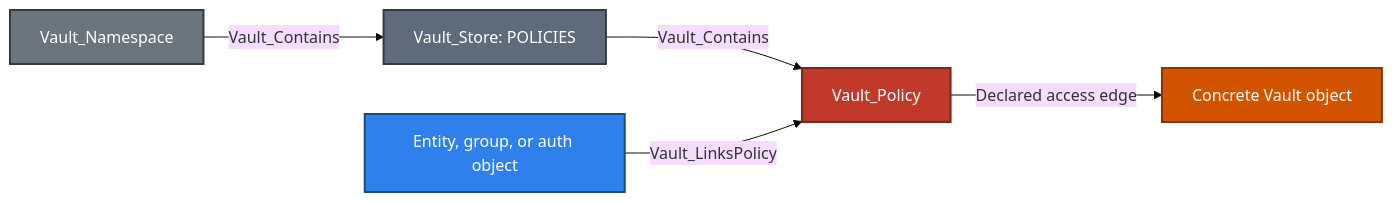
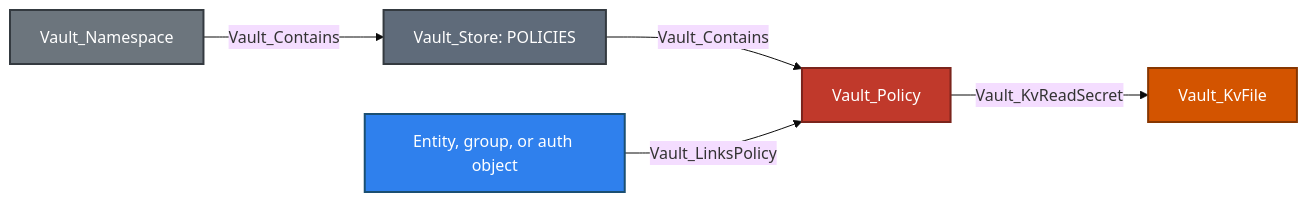
Before and after one commit to bytewreck/opengraph-vault: the first of 6 diagrams in Documentation/stores/POLICIES.md, drawn with Mermaid (base theme). The commit also changed other lines of this file and 3 other files, not shown here.

````diff
--- a/Documentation/stores/POLICIES.md
+++ b/Documentation/stores/POLICIES.md
@@ -5,13 +22,13 @@
 ```mermaid
 flowchart LR
     namespace[Vault_Namespace]:::namespaceNode -->|Vault_Contains| store[Vault_Store: POLICIES]:::storeNode
     store -->|Vault_Contains| policy[Vault_Policy]:::policyNode
     identity[Entity, group, or auth object]:::identityNode -->|Vault_LinksPolicy| policy
-    policy -->|Declared access edge| target[Concrete Vault object]:::objectNode
+    policy -->|Vault_KvReadSecret| target[Vault_KvFile]:::objectNode
 
     classDef namespaceNode fill:#6C757D,color:#fff,stroke:#343A40,stroke-width:2px
     classDef storeNode fill:#5F6B7A,color:#fff,stroke:#343A40,stroke-width:2px
     classDef policyNode fill:#C0392B,color:#fff,stroke:#7B241C,stroke-width:2px
     classDef identityNode fill:#2F80ED,color:#fff,stroke:#1B4F72,stroke-width:2px
     classDef objectNode fill:#D35400,color:#fff,stroke:#873600,stroke-width:2px
 ```
````
